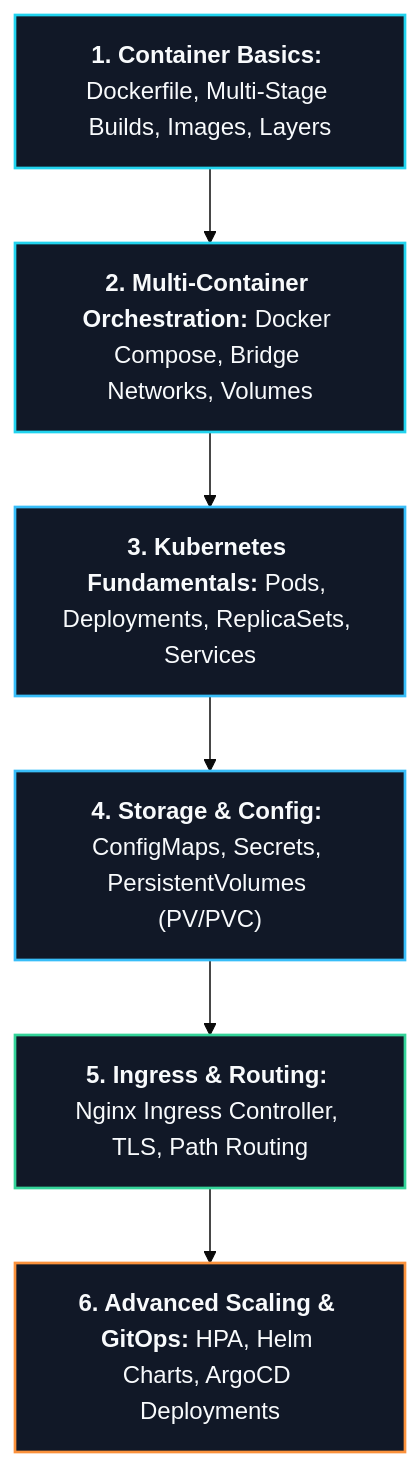
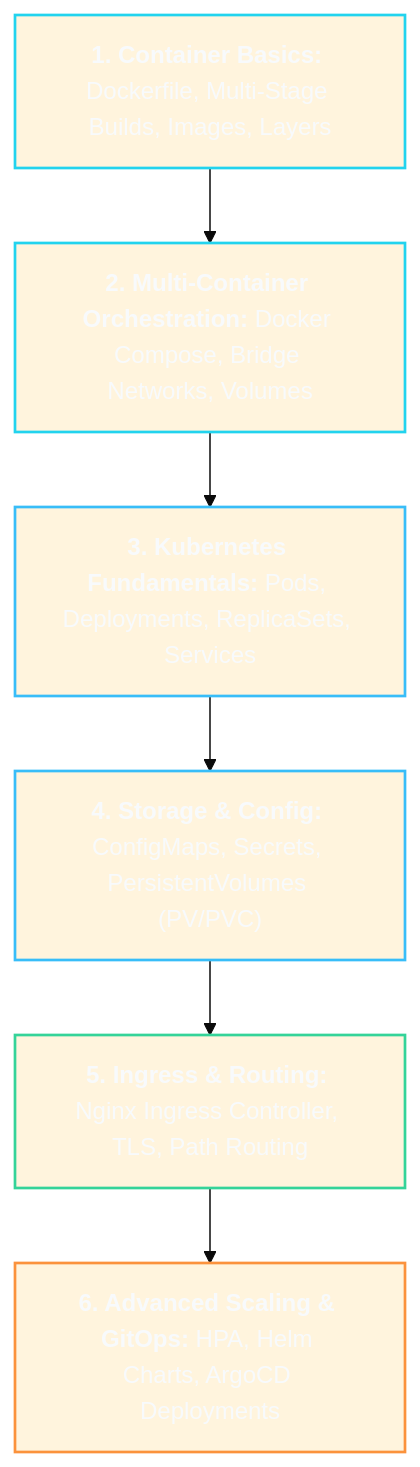
The diagram in BrainOS/06 - Infrastructure/Docker & Kubernetes.md (abhinavbharti2345/CS_Notes), drawn with Mermaid (base theme) before and after one commit. The commit also changed 26 other files, not shown here.

Commit message:
feat: initialize BrainOS knowledge base with foundational curriculum and roadmap notes

````diff
--- a/BrainOS/06 - Infrastructure/Docker & Kubernetes.md
+++ b/BrainOS/06 - Infrastructure/Docker & Kubernetes.md
@@ -36,15 +36,15 @@
 ```mermaid
 flowchart TD
     DK1["<b>1. Container Basics:</b> Dockerfile, Multi-Stage Builds, Images, Layers"] --> DK2["<b>2. Multi-Container Orchestration:</b> Docker Compose, Bridge Networks, Volumes"]
     DK2 --> DK3["<b>3. Kubernetes Fundamentals:</b> Pods, Deployments, ReplicaSets, Services"]
     DK3 --> DK4["<b>4. Storage & Config:</b> ConfigMaps, Secrets, PersistentVolumes (PV/PVC)"]
     DK4 --> DK5["<b>5. Ingress & Routing:</b> Nginx Ingress Controller, TLS, Path Routing"]
     DK5 --> DK6["<b>6. Advanced Scaling & GitOps:</b> HPA, Helm Charts, ArgoCD Deployments"]
 
-    style DK1 fill:#111827,stroke:#22D3EE,stroke-width:1.8px,color:#F8FAFC
-    style DK2 fill:#111827,stroke:#22D3EE,stroke-width:1.8px,color:#F8FAFC
-    style DK3 fill:#111827,stroke:#38BDF8,stroke-width:1.8px,color:#F8FAFC
-    style DK4 fill:#111827,stroke:#38BDF8,stroke-width:1.8px,color:#F8FAFC
-    style DK5 fill:#111827,stroke:#34D399,stroke-width:1.8px,color:#F8FAFC
-    style DK6 fill:#111827,stroke:#FB923C,stroke-width:1.8px,color:#F8FAFC
+    style DK1 stroke:#22D3EE,stroke-width:1.8px,color:#F8FAFC
+    style DK2 stroke:#22D3EE,stroke-width:1.8px,color:#F8FAFC
+    style DK3 stroke:#38BDF8,stroke-width:1.8px,color:#F8FAFC
+    style DK4 stroke:#38BDF8,stroke-width:1.8px,color:#F8FAFC
+    style DK5 stroke:#34D399,stroke-width:1.8px,color:#F8FAFC
+    style DK6 stroke:#FB923C,stroke-width:1.8px,color:#F8FAFC
 ```
````
